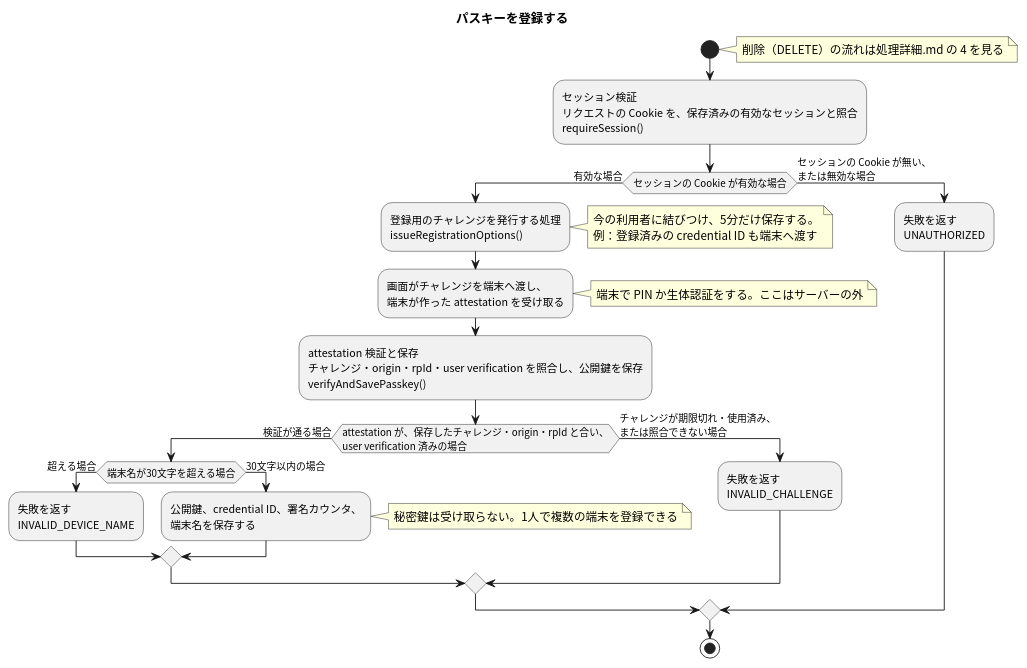
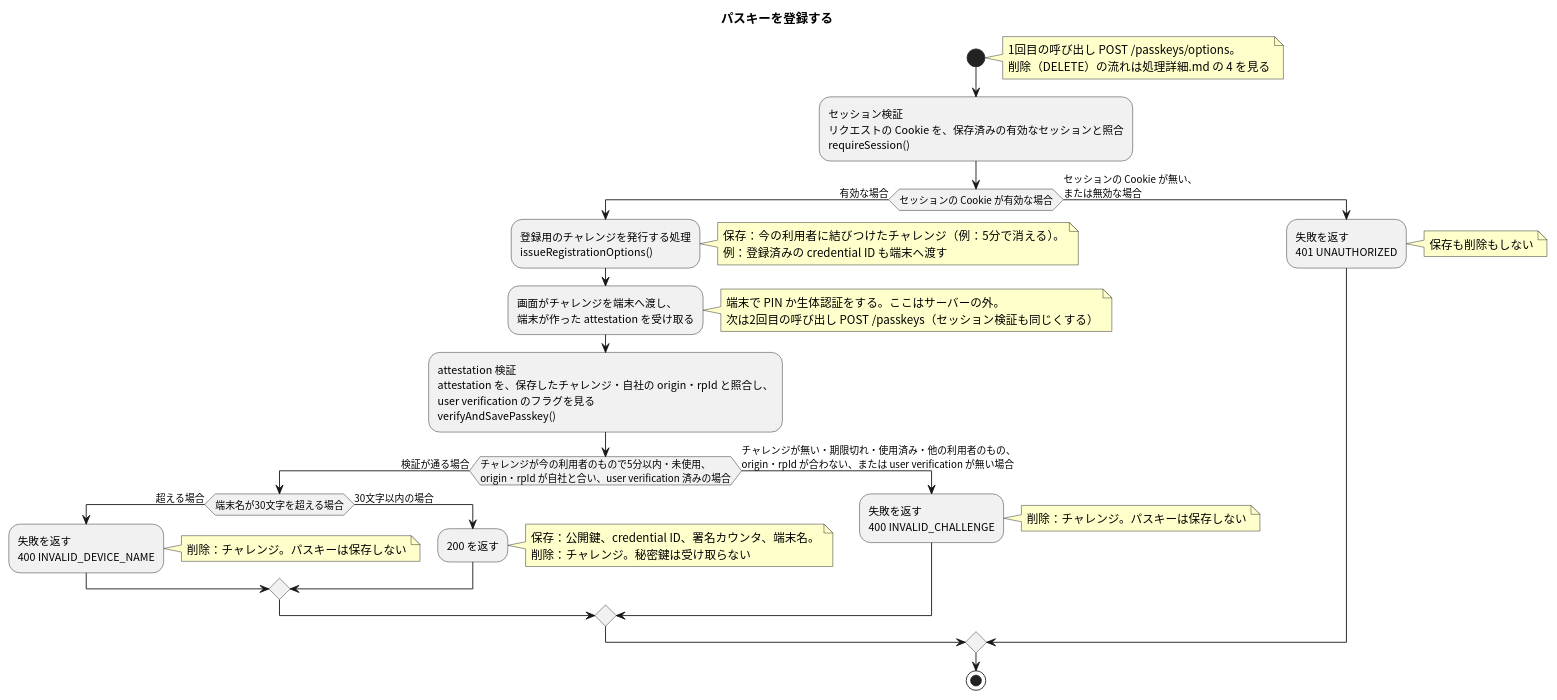
Before and after one commit to masamasamasato/design-doc-template: the diagram in apis/register-passkey/flow.puml, drawn with PlantUML. The commit also changed 63 other files, not shown here.

```diff
--- a/apis/register-passkey/flow.puml
+++ b/apis/register-passkey/flow.puml
@@ -3,31 +3,35 @@
 @startuml
 skinparam shadowing false
 skinparam defaultFontName "Noto Sans CJK JP"
 skinparam ActivityFontName "Noto Sans CJK JP"
+skinparam NoteBackgroundColor #FFFFCC
 
 title パスキーを登録する
 
 start
-note right: 削除（DELETE）の流れは処理詳細.md の 4 を見る
+note right: 1回目の呼び出し POST /passkeys/options。\n削除（DELETE）の流れは処理詳細.md の 4 を見る
 :セッション検証\nリクエストの Cookie を、保存済みの有効なセッションと照合\nrequireSession();
 if (セッションの Cookie が有効な場合) then (有効な場合)
   :登録用のチャレンジを発行する処理\nissueRegistrationOptions();
-  note right: 今の利用者に結びつけ、5分だけ保存する。\n例：登録済みの credential ID も端末へ渡す
+  note right: 保存：今の利用者に結びつけたチャレンジ（例：5分で消える）。\n例：登録済みの credential ID も端末へ渡す
   :画面がチャレンジを端末へ渡し、\n端末が作った attestation を受け取る;
-  note right: 端末で PIN か生体認証をする。ここはサーバーの外
-  :attestation 検証と保存\nチャレンジ・origin・rpId・user verification を照合し、公開鍵を保存\nverifyAndSavePasskey();
-  if (attestation が、保存したチャレンジ・origin・rpId と合い、\nuser verification 済みの場合) then (検証が通る場合)
+  note right: 端末で PIN か生体認証をする。ここはサーバーの外。\n次は2回目の呼び出し POST /passkeys（セッション検証も同じくする）
+  :attestation 検証\nattestation を、保存したチャレンジ・自社の origin・rpId と照合し、\nuser verification のフラグを見る\nverifyAndSavePasskey();
+  if (チャレンジが今の利用者のもので5分以内・未使用、\norigin・rpId が自社と合い、user verification 済みの場合) then (検証が通る場合)
     if (端末名が30文字を超える場合) then (超える場合)
-      :失敗を返す\nINVALID_DEVICE_NAME;
+      :失敗を返す\n400 INVALID_DEVICE_NAME;
+      note right: 削除：チャレンジ。パスキーは保存しない
     else (30文字以内の場合)
-      :公開鍵、credential ID、署名カウンタ、\n端末名を保存する;
-      note right: 秘密鍵は受け取らない。1人で複数の端末を登録できる
+      :200 を返す;
+      note right: 保存：公開鍵、credential ID、署名カウンタ、端末名。\n削除：チャレンジ。秘密鍵は受け取らない
     endif
-  else (チャレンジが期限切れ・使用済み、\nまたは照合できない場合)
-    :失敗を返す\nINVALID_CHALLENGE;
+  else (チャレンジが無い・期限切れ・使用済み・他の利用者のもの、\norigin・rpId が合わない、または user verification が無い場合)
+    :失敗を返す\n400 INVALID_CHALLENGE;
+    note right: 削除：チャレンジ。パスキーは保存しない
   endif
 else (セッションの Cookie が無い、\nまたは無効な場合)
-  :失敗を返す\nUNAUTHORIZED;
+  :失敗を返す\n401 UNAUTHORIZED;
+  note right: 保存も削除もしない
 endif
 stop
 @enduml
```
